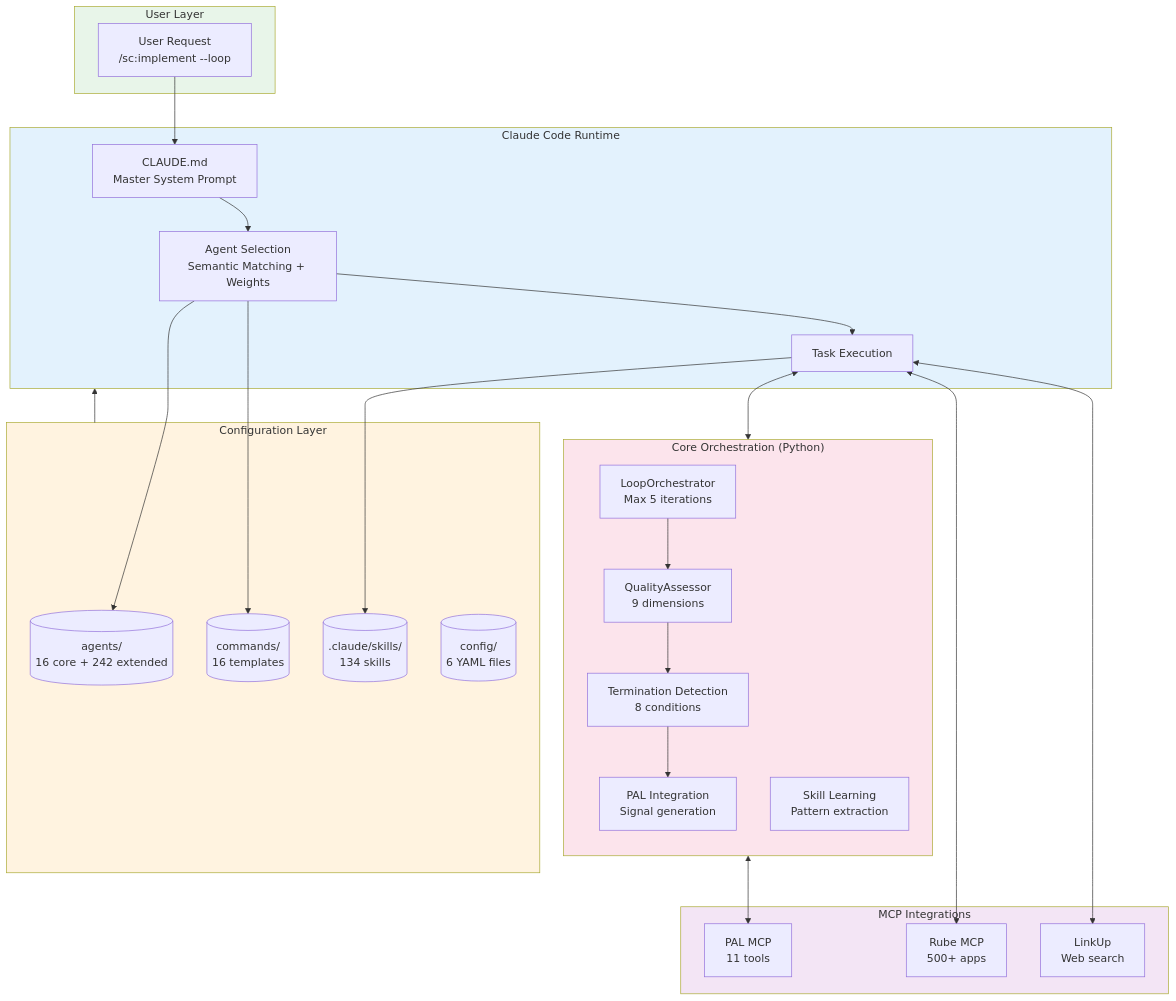
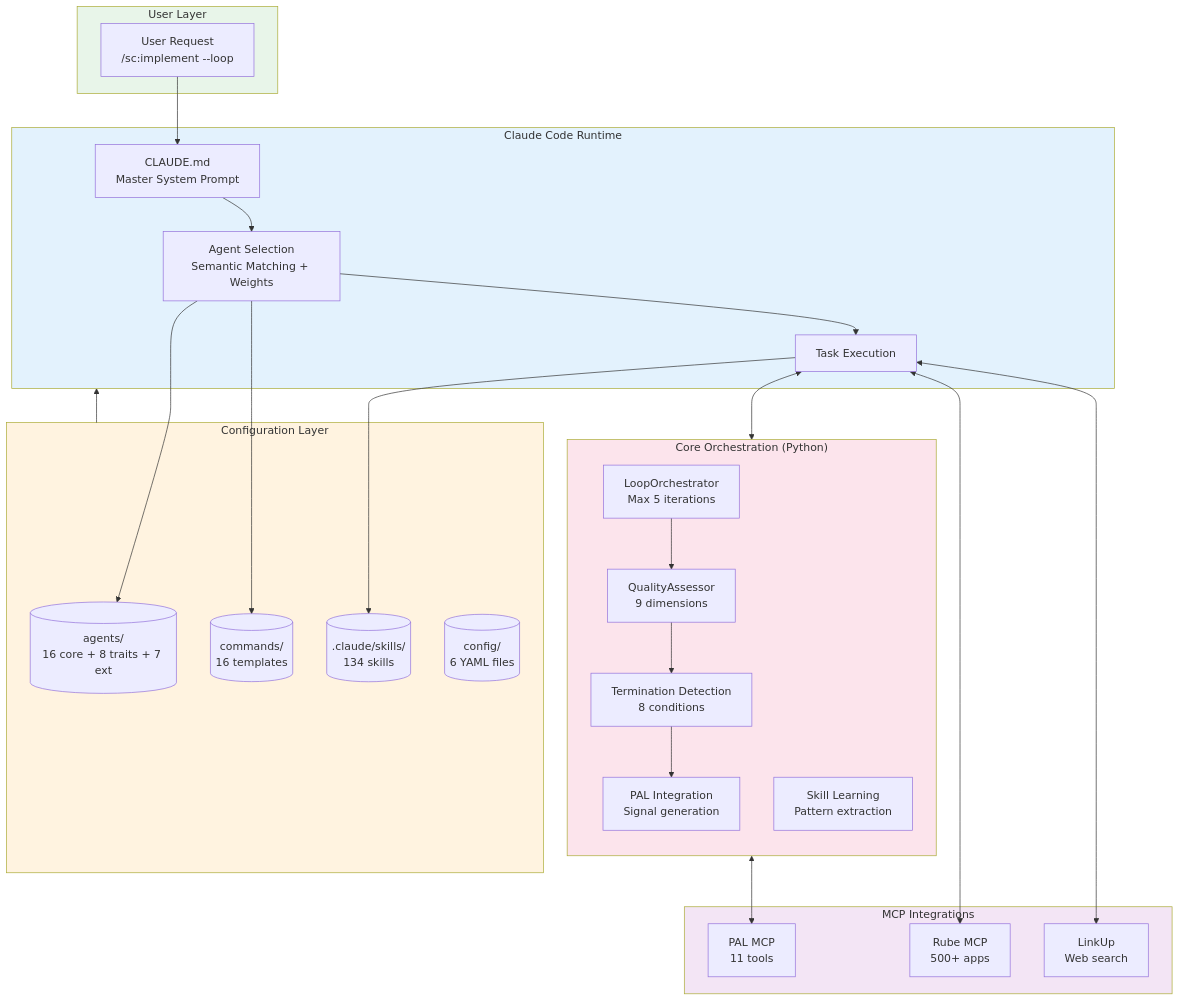
Before and after one commit to Tony363/SuperClaude: the first of 9 diagrams in README.md, drawn with Mermaid. The commit also changed other lines of this file, not shown here.

````diff
--- a/README.md
+++ b/README.md
@@ -126,55 +121,55 @@
 ```mermaid
 flowchart TB
     subgraph User["User Layer"]
         REQ["User Request<br/>/sc:implement --loop"]
     end
 
     subgraph Runtime["Claude Code Runtime"]
         CLAUDE["CLAUDE.md<br/>Master System Prompt"]
         SELECT["Agent Selection<br/>Semantic Matching + Weights"]
         EXEC["Task Execution"]
     end
 
     subgraph Config["Configuration Layer"]
-        AGENTS[("agents/<br/>16 core + 242 extended")]
+        AGENTS[("agents/<br/>16 core + 8 traits + 7 ext")]
         COMMANDS[("commands/<br/>16 templates")]
         SKILLS[(".claude/skills/<br/>134 skills")]
         YAML[("config/<br/>6 YAML files")]
     end
 
     subgraph Core["Core Orchestration (Python)"]
         direction TB
         LOOP["LoopOrchestrator<br/>Max 5 iterations"]
         QUALITY["QualityAssessor<br/>9 dimensions"]
         TERM["Termination Detection<br/>8 conditions"]
         PALINT["PAL Integration<br/>Signal generation"]
         LEARN["Skill Learning<br/>Pattern extraction"]
     end
 
     subgraph MCP["MCP Integrations"]
         PAL["PAL MCP<br/>11 tools"]
         RUBE["Rube MCP<br/>500+ apps"]
         LINKUP["LinkUp<br/>Web search"]
     end
 
     REQ --> CLAUDE
     CLAUDE --> SELECT
     SELECT --> AGENTS
     SELECT --> COMMANDS
     SELECT --> EXEC
     EXEC --> SKILLS
     EXEC <--> Core
     LOOP --> QUALITY
     QUALITY --> TERM
     TERM --> PALINT
     PALINT <--> PAL
     EXEC <--> RUBE
     EXEC <--> LINKUP
     Config --> Runtime
 
     style User fill:#e8f5e9
     style Runtime fill:#e3f2fd
     style Config fill:#fff3e0
     style Core fill:#fce4ec
     style MCP fill:#f3e5f5
 ```
````
